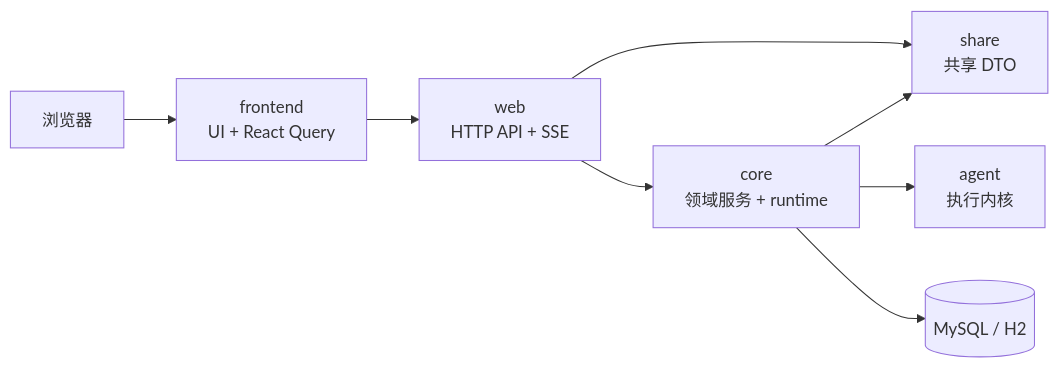
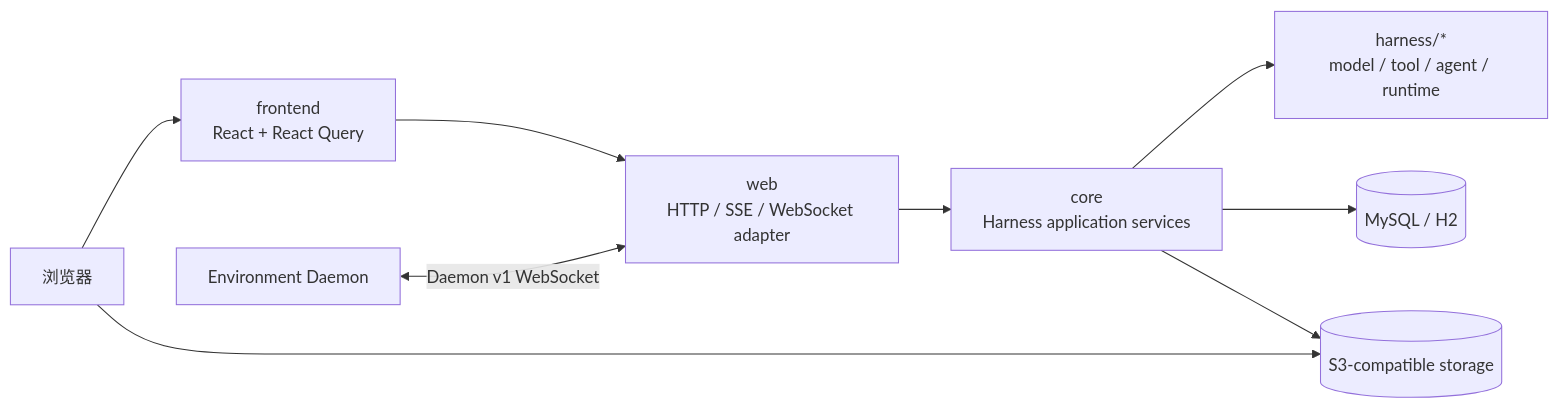
One commit to fengwk/kk-studio changed the diagram in docs/technical-solution/architecture.md. Above: the diagram before and after it, drawn with Mermaid. The commit also changed other lines of this file and 11 other files, not shown here.

Commit message:
docs: align architecture with Harness runtime

````diff
--- a/docs/technical-solution/architecture.md
+++ b/docs/technical-solution/architecture.md
@@ -18,18 +7,20 @@
 ```mermaid
 flowchart LR
     Browser[浏览器]
-    Frontend[frontend<br/>UI + React Query]
-    Web[web<br/>HTTP API + SSE]
-    Core[core<br/>领域服务 + runtime]
-    Share[share<br/>共享 DTO]
-    Agent[agent<br/>执行内核]
+    Frontend[frontend<br/>React + React Query]
+    Web[web<br/>HTTP / SSE / WebSocket adapter]
+    Core[core<br/>Harness application services]
+    Runtime[harness/*<br/>model / tool / agent / runtime]
     Store[(MySQL / H2)]
+    Environment[Environment Daemon]
+    S3[(S3-compatible storage)]
 
     Browser --> Frontend
     Frontend --> Web
     Web --> Core
-    Web --> Share
-    Core --> Share
-    Core --> Agent
+    Core --> Runtime
     Core --> Store
+    Browser --> S3
+    Environment <-->|Daemon v1 WebSocket| Web
+    Core --> S3
 ```
````
